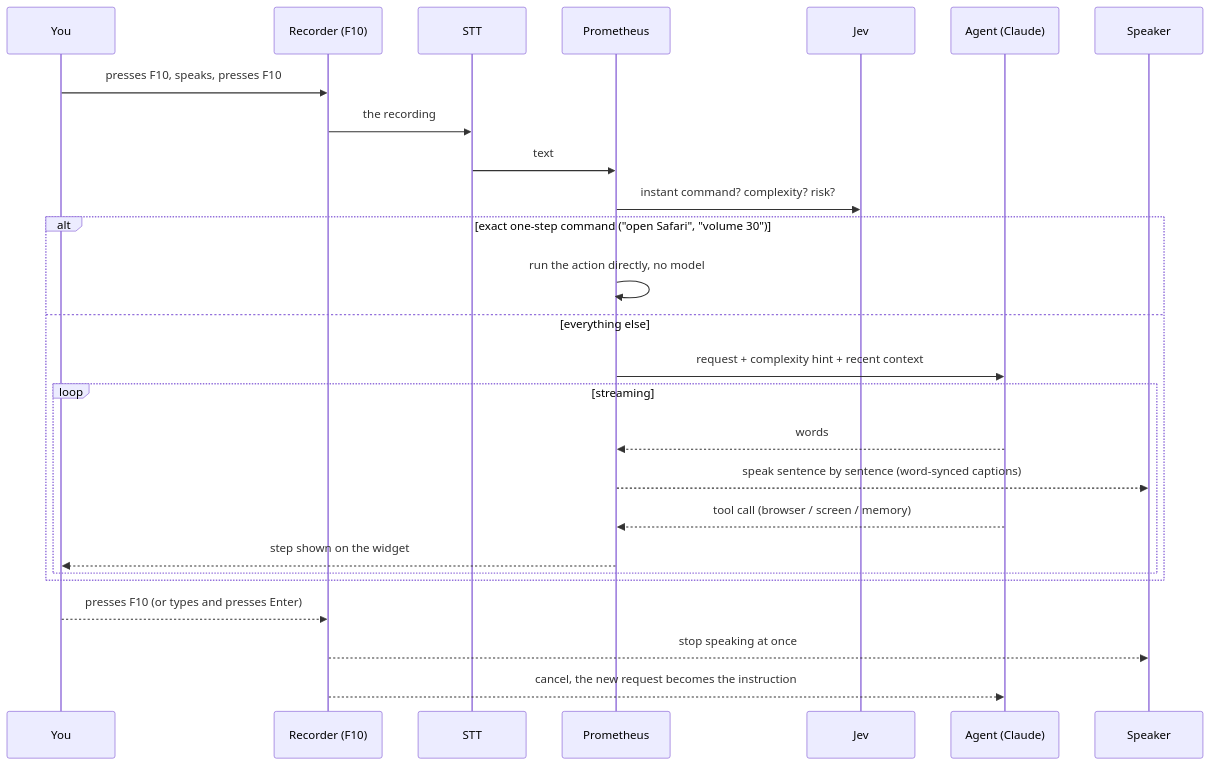
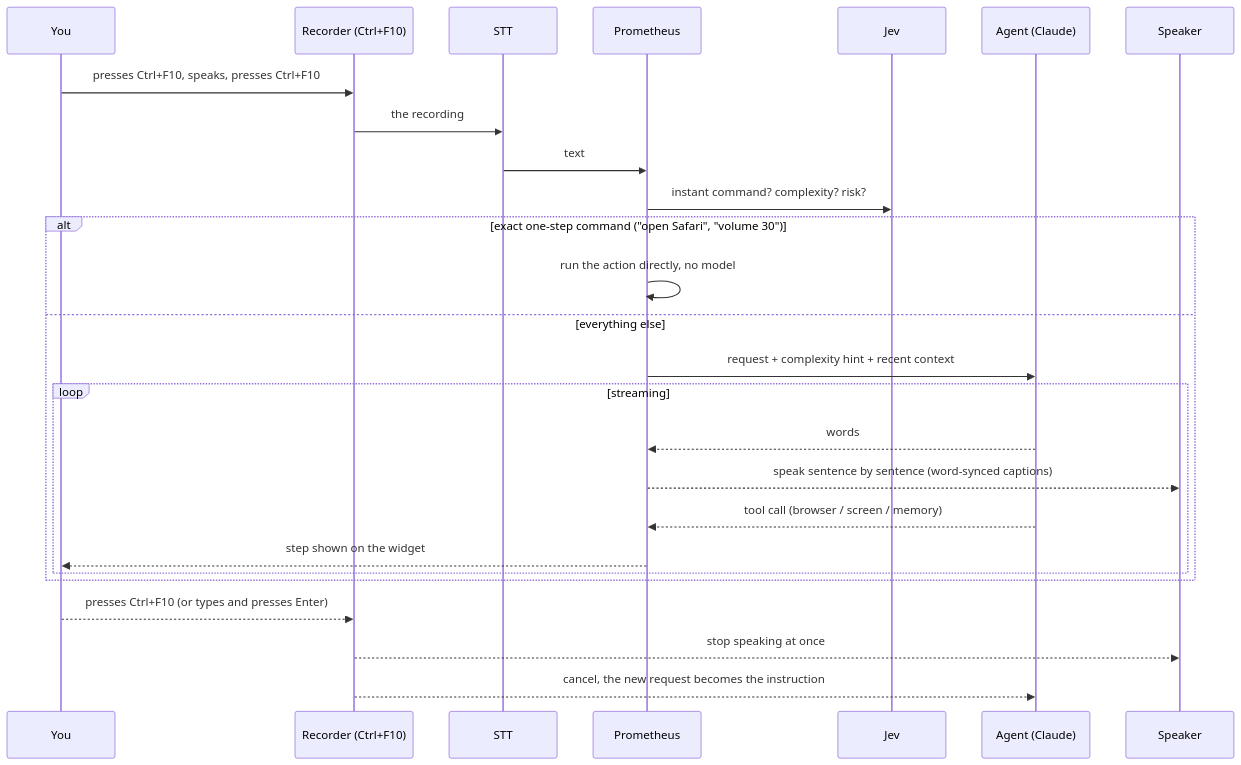
One commit to siddh30/prometheus-voice-control changed the second of 2 diagrams in README.md. Above: the diagram before and after it, drawn with Mermaid. The commit also changed other lines of this file and 21 other files, not shown here.

Commit message:
Hotkeys are Control+key (Ctrl+F9, Ctrl+F10, Ctrl+F12); Citrix mode button types dictation key by key instead of pasting

````diff
--- a/README.md
+++ b/README.md
@@ -114,29 +114,29 @@
 ```mermaid
 sequenceDiagram
     participant U as You
-    participant E as Recorder (F10)
+    participant E as Recorder (Ctrl+F10)
     participant S as STT
     participant P as Prometheus
     participant J as Jev
     participant A as Agent (Claude)
     participant T as Speaker
 
-    U->>E: presses F10, speaks, presses F10
+    U->>E: presses Ctrl+F10, speaks, presses Ctrl+F10
     E->>S: the recording
     S->>P: text
     P->>J: instant command? complexity? risk?
     alt exact one-step command ("open Safari", "volume 30")
         P->>P: run the action directly, no model
     else everything else
         P->>A: request + complexity hint + recent context
         loop streaming
             A-->>P: words
             P-->>T: speak sentence by sentence (word-synced captions)
             A-->>P: tool call (browser / screen / memory)
             P-->>U: step shown on the widget
         end
     end
-    U-->>E: presses F10 (or types and presses Enter)
+    U-->>E: presses Ctrl+F10 (or types and presses Enter)
     E-->>T: stop speaking at once
     E-->>A: cancel, the new request becomes the instruction
 ```
````
